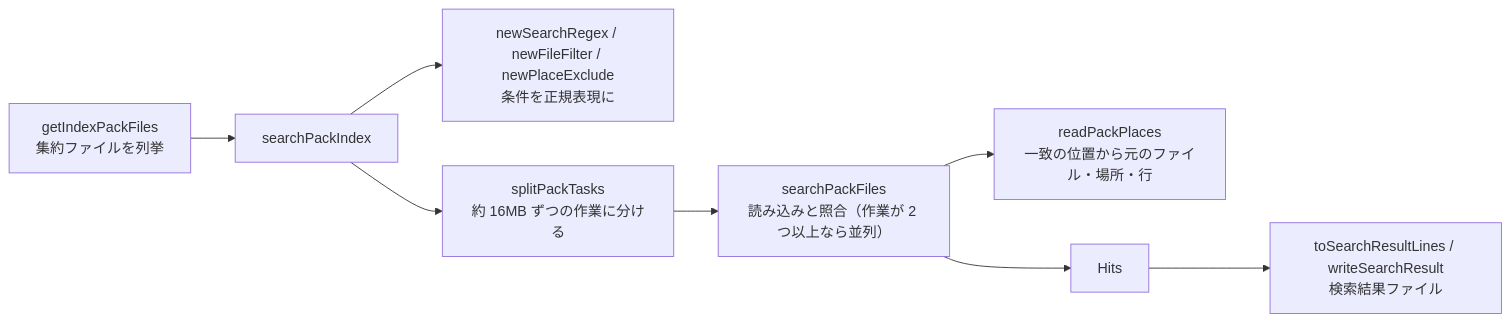
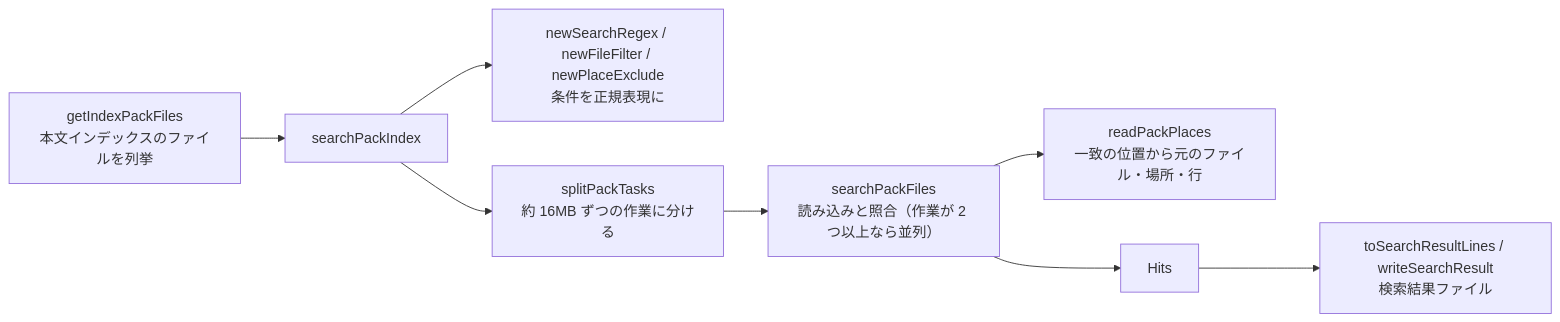
Before and after one commit to hsgwa/tebunko: the fourth of 4 diagrams in docs/design/architecture/modules.md, drawn with Mermaid. The commit also changed other lines of this file and 27 other files, not shown here.

````diff
--- a/docs/design/architecture/modules.md
+++ b/docs/design/architecture/modules.md
@@ -398,10 +398,10 @@
 ```mermaid
 flowchart LR
-    A["getIndexPackFiles<br>集約ファイルを列挙"] --> B["searchPackIndex"]
+    A["getIndexPackFiles<br>本文インデックスのファイルを列挙"] --> B["searchPackIndex"]
     B --> C["newSearchRegex / newFileFilter / newPlaceExclude<br>条件を正規表現に"]
     B --> T["splitPackTasks<br>約 16MB ずつの作業に分ける"]
     T --> E["searchPackFiles<br>読み込みと照合（作業が 2 つ以上なら並列）"]
     E --> P["readPackPlaces<br>一致の位置から元のファイル・場所・行"]
     E --> F["Hits"]
     F --> G["toSearchResultLines / writeSearchResult<br>検索結果ファイル"]
 ```
````
